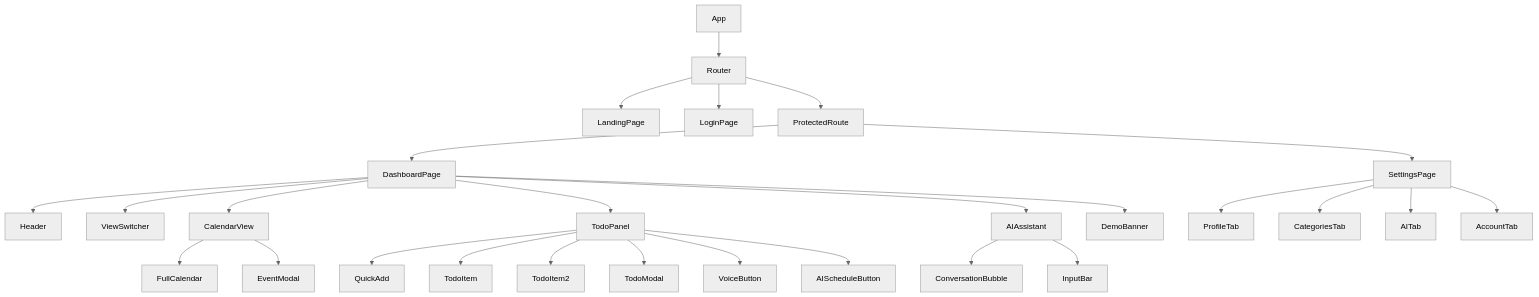
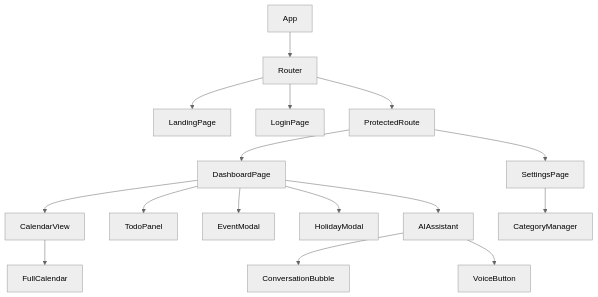
Before and after one commit to umutc/CSC-710-AI-Calendar: the seventh of 7 diagrams in CSC710_Dayforma_Technical_Document.md, drawn with Mermaid (neutral theme). The commit also changed other lines of this file and 2 other files, not shown here.

````diff
--- a/CSC710_Dayforma_Technical_Document.md
+++ b/CSC710_Dayforma_Technical_Document.md
@@ -898,34 +929,22 @@
 ```mermaid
 graph TB
     App --> Router
     Router --> LandingPage
     Router --> LoginPage
     Router --> ProtectedRoute
     ProtectedRoute --> DashboardPage
     ProtectedRoute --> SettingsPage
 
-    DashboardPage --> Header
-    DashboardPage --> ViewSwitcher
     DashboardPage --> CalendarView
     DashboardPage --> TodoPanel
+    DashboardPage --> EventModal
+    DashboardPage --> HolidayModal
     DashboardPage --> AIAssistant
-    DashboardPage --> DemoBanner
 
     CalendarView --> FullCalendar
-    CalendarView --> EventModal
-
-    TodoPanel --> QuickAdd
-    TodoPanel --> TodoItem
-    TodoPanel --> TodoItem2
-    TodoPanel --> TodoModal
-    TodoPanel --> VoiceButton
-    TodoPanel --> AIScheduleButton
 
     AIAssistant --> ConversationBubble
-    AIAssistant --> InputBar
+    AIAssistant --> VoiceButton
 
-    SettingsPage --> ProfileTab
-    SettingsPage --> CategoriesTab
-    SettingsPage --> AITab
-    SettingsPage --> AccountTab
+    SettingsPage --> CategoryManager
 ```
````
